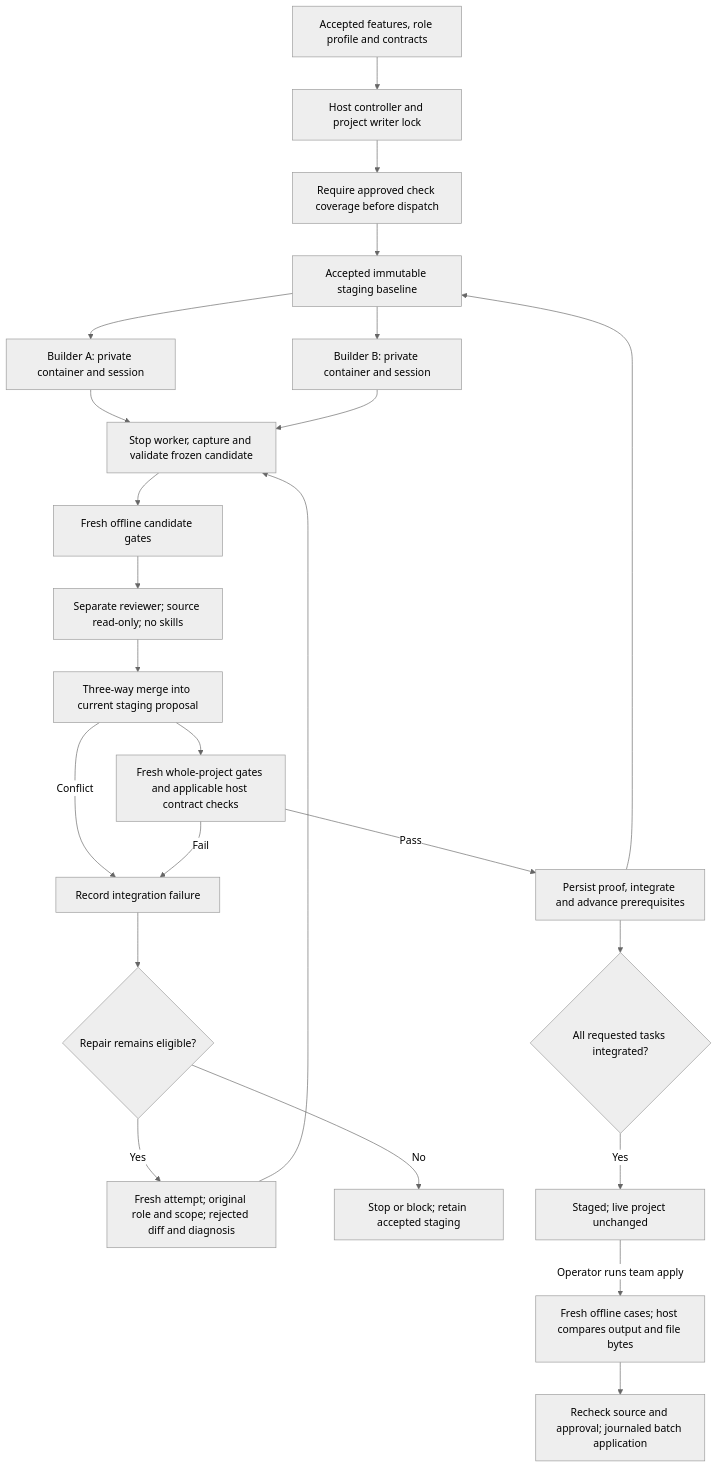
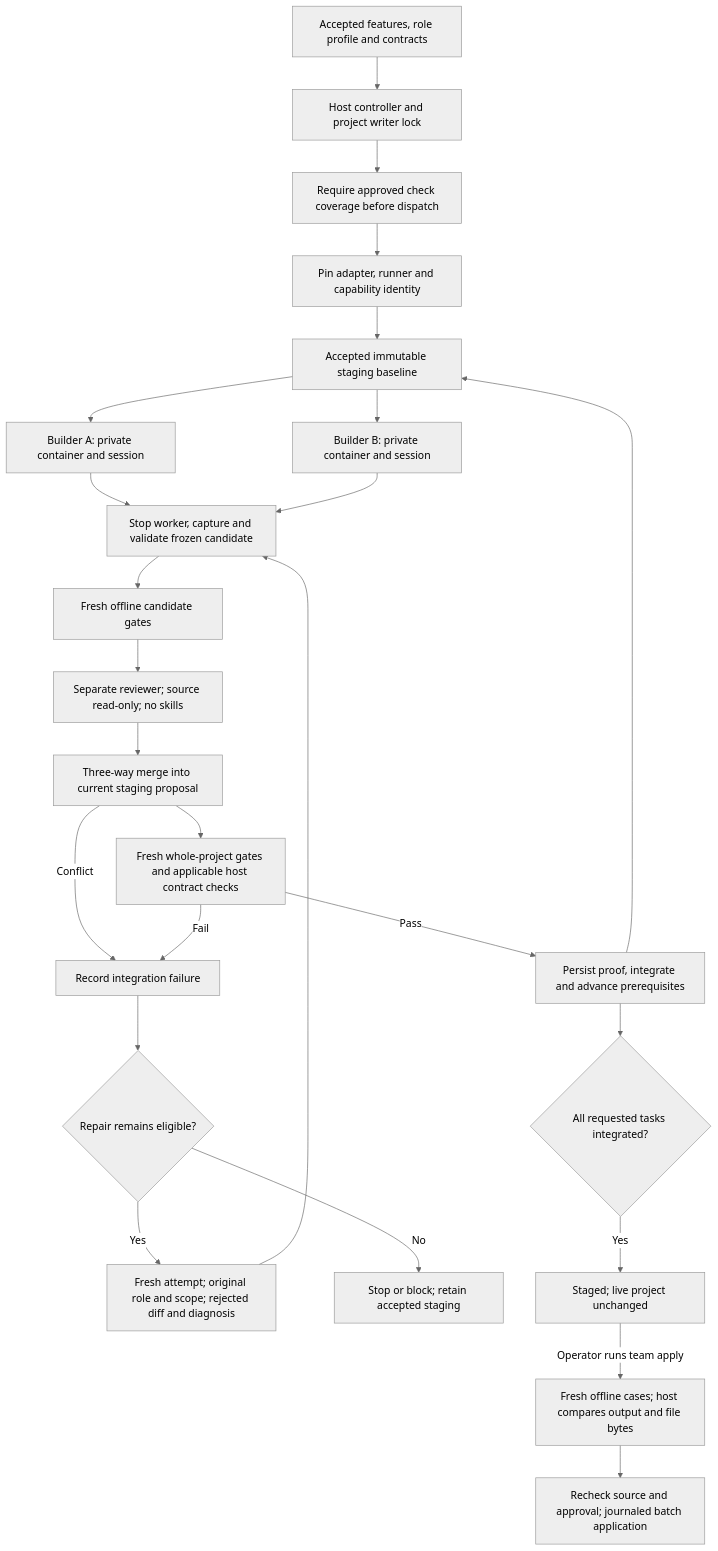
The third of 7 diagrams in ARCHITECTURE.md (BleOdel/agent-harness), drawn with Mermaid (neutral theme) before and after one commit. The commit also changed other lines of this file and 44 other files, not shown here.

````diff
--- a/ARCHITECTURE.md
+++ b/ARCHITECTURE.md
@@ -56,26 +101,27 @@
 ```mermaid
 flowchart TD
   T["Accepted features, role profile and contracts"] --> H["Host controller and project writer lock"]
   H --> P["Require approved check coverage before dispatch"]
-  P --> S["Accepted immutable staging baseline"]
+  P --> EC["Pin adapter, runner and capability identity"]
+  EC --> S["Accepted immutable staging baseline"]
   S --> A["Builder A: private container and session"]
   S --> B["Builder B: private container and session"]
   A --> C["Stop worker, capture and validate frozen candidate"]
   B --> C
   C --> G["Fresh offline candidate gates"]
   G --> R["Separate reviewer; source read-only; no skills"]
   R --> M["Three-way merge into current staging proposal"]
   M --> V["Fresh whole-project gates and applicable host contract checks"]
   V -->|Pass| I["Persist proof, integrate and advance prerequisites"]
   I --> S
   M -->|Conflict| F["Record integration failure"]
   V -->|Fail| F
   F --> Q{"Repair remains eligible?"}
   Q -->|Yes| D["Fresh attempt; original role and scope; rejected diff and diagnosis"]
   D --> C
   Q -->|No| X["Stop or block; retain accepted staging"]
   I --> E{"All requested tasks integrated?"}
   E -->|Yes| Z["Staged; live project unchanged"]
   Z -->|Operator runs team apply| AC["Fresh offline cases; host compares output and file bytes"]
   AC --> J["Recheck source and approval; journaled batch application"]
 ```
````
